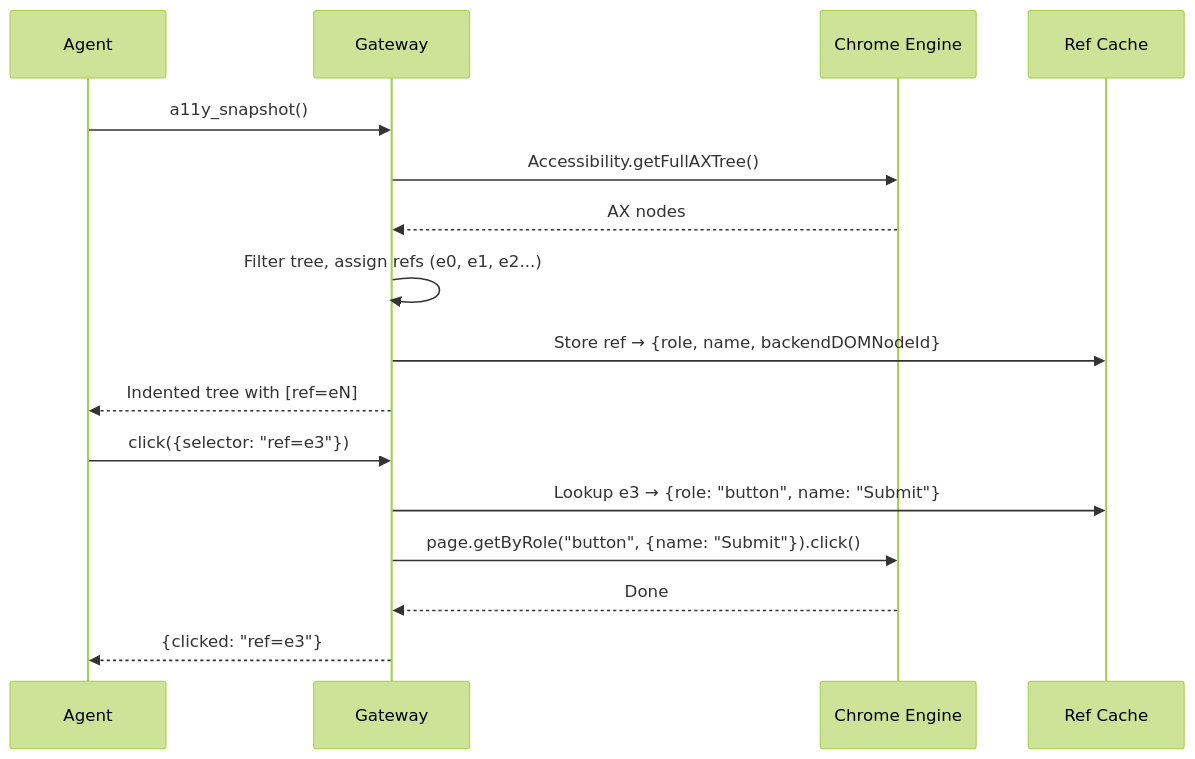
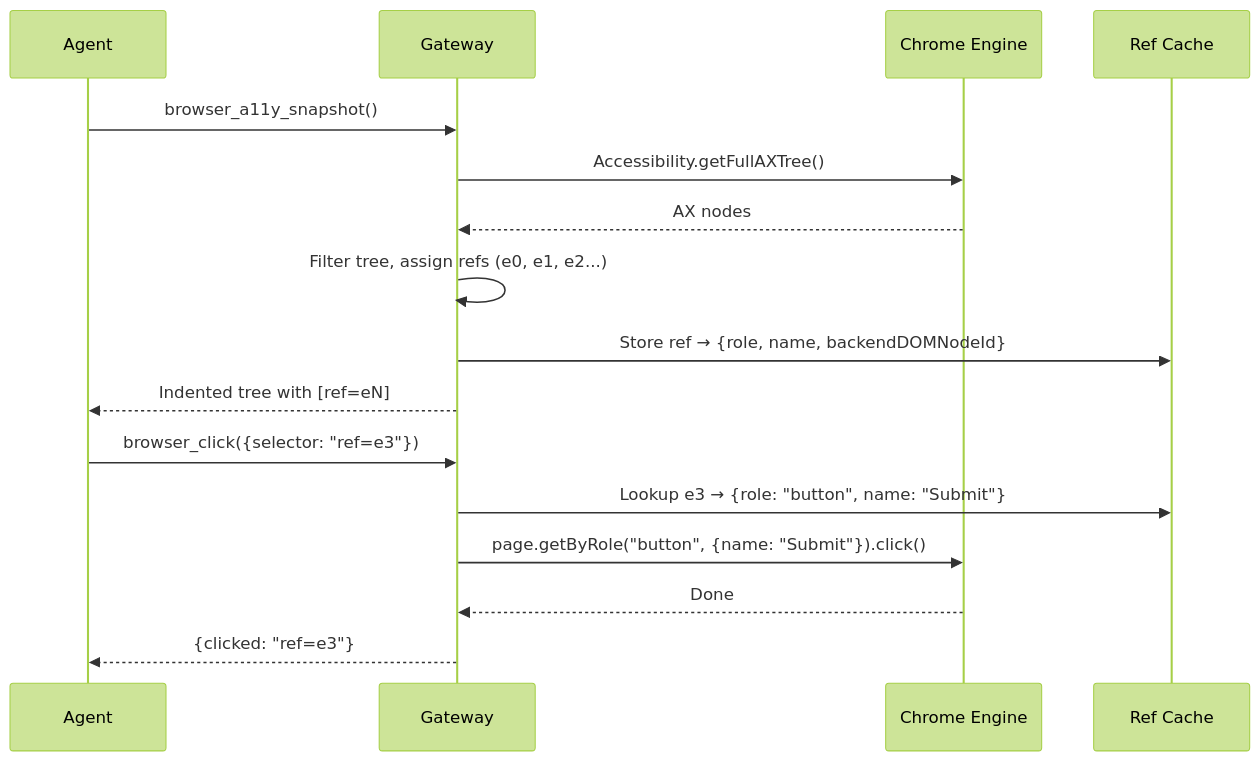
The fifth of 5 diagrams in docs/architecture-communication-paths.md (WinstonFassett/webdev-ai), drawn with Mermaid (forest theme) before and after one commit. The commit also changed other lines of this file and 1 other file, not shown here.

First line of the commit message:
docs: update architecture for stable identity model + browser_* tools

````diff
--- a/docs/architecture-communication-paths.md
+++ b/docs/architecture-communication-paths.md
@@ -177,20 +203,20 @@
 ```mermaid
 sequenceDiagram
     participant Agent
     participant Gateway
     participant CDP as Chrome Engine
     participant Cache as Ref Cache
 
-    Agent->>Gateway: a11y_snapshot()
+    Agent->>Gateway: browser_a11y_snapshot()
     Gateway->>CDP: Accessibility.getFullAXTree()
     CDP-->>Gateway: AX nodes
     Gateway->>Gateway: Filter tree, assign refs (e0, e1, e2...)
     Gateway->>Cache: Store ref → {role, name, backendDOMNodeId}
     Gateway-->>Agent: Indented tree with [ref=eN]
 
-    Agent->>Gateway: click({selector: "ref=e3"})
+    Agent->>Gateway: browser_click({selector: "ref=e3"})
     Gateway->>Cache: Lookup e3 → {role: "button", name: "Submit"}
     Gateway->>CDP: page.getByRole("button", {name: "Submit"}).click()
     CDP-->>Gateway: Done
     Gateway-->>Agent: {clicked: "ref=e3"}
 ```
````
